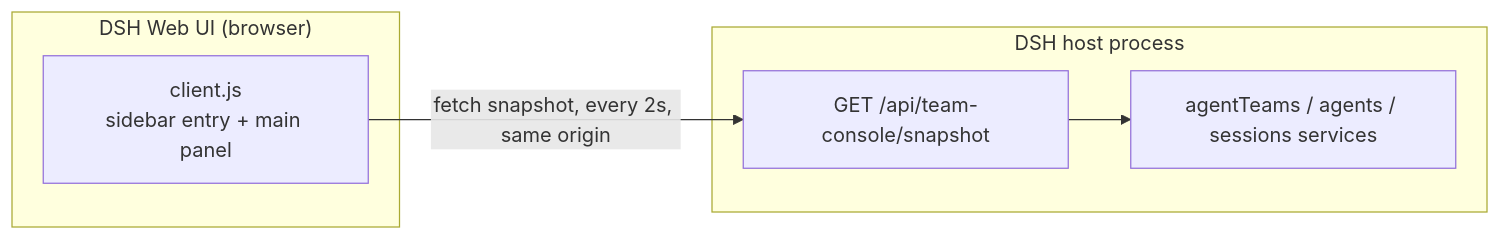
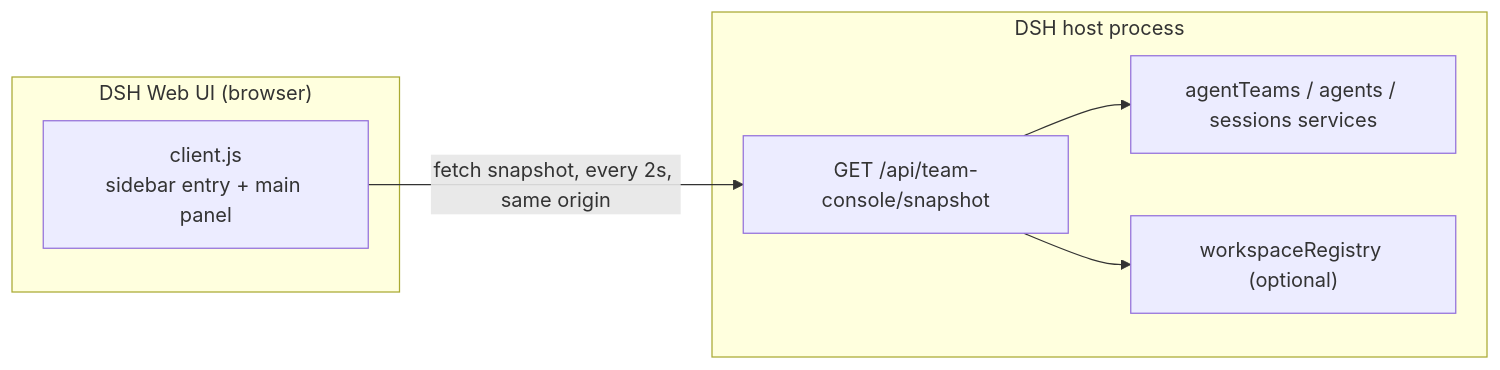
One commit to kkomia/dsh-agent-team-console changed the diagram in README.md. Above: the diagram before and after it, drawn with Mermaid. The commit also changed other lines of this file and 10 other files, not shown here.

````diff
--- a/README.md
+++ b/README.md
@@ -199,12 +234,14 @@
 ```mermaid
 flowchart LR
   subgraph Browser["DSH Web UI (browser)"]
     P["client.js<br/>sidebar entry + main panel"]
   end
   subgraph Host["DSH host process"]
     R["GET /api/team-console/snapshot"]
     S["agentTeams / agents / sessions services"]
+    W["workspaceRegistry (optional)"]
     R --> S
+    R --> W
   end
   P -- "fetch snapshot, every 2s, same origin" --> R
 ```
````
